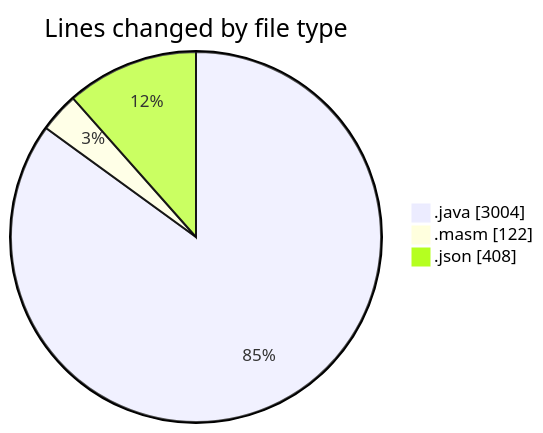
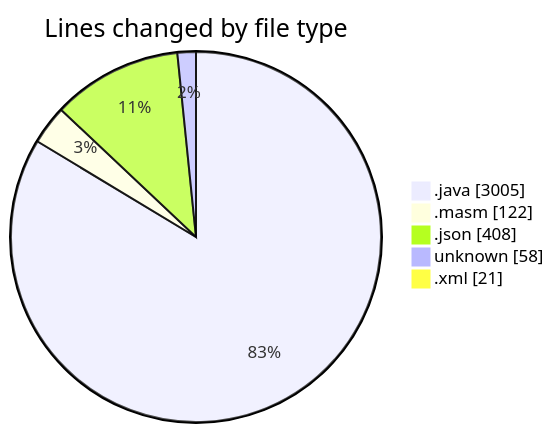
The first of 2 diagrams in 2025-02-19/masm/README.md (charlie-sans/code-tracking), drawn with Mermaid before and after one commit. The commit also changed other lines of this file and 1 other file, not shown here.

````diff
--- a/2025-02-19/masm/README.md
+++ b/2025-02-19/masm/README.md
@@ -33,7 +35,9 @@
 ```mermaid
 pie showData
 title Lines changed by file type
-".java" : 3004
+".java" : 3005
 ".masm" : 122
 ".json" : 408
+"unknown" : 58
+".xml" : 21
 ```
````
